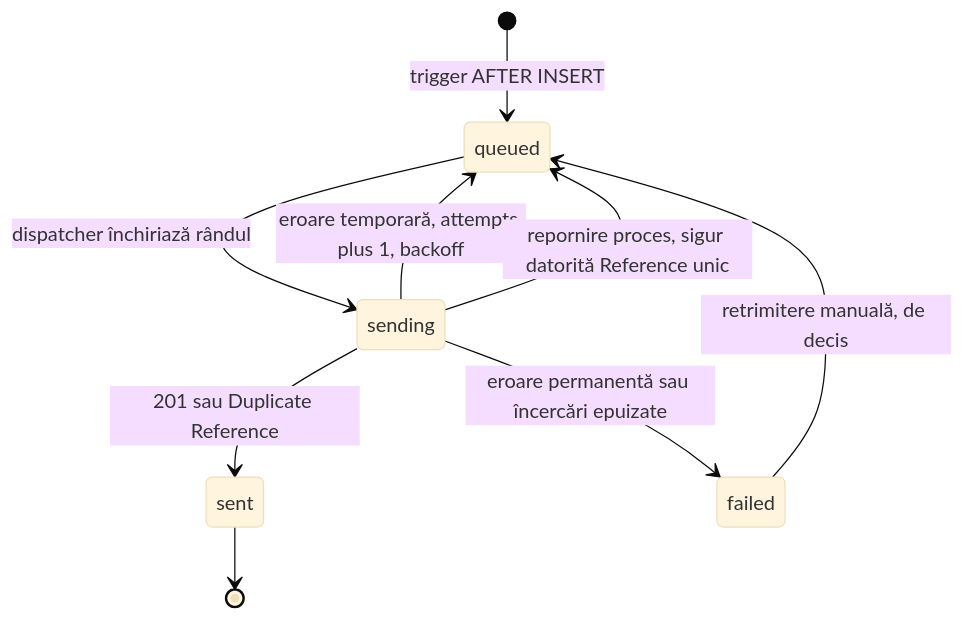
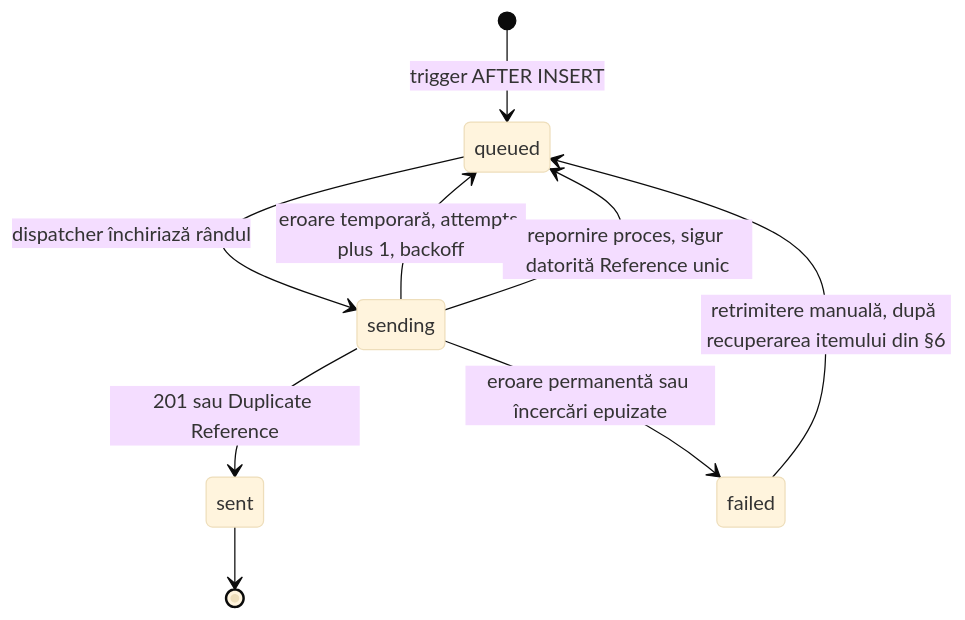
The first of 2 diagrams in docs/05-integrare-receptie.md (DorobatMihaiIVF/Scanexpert-RPA), drawn with Mermaid (base theme) before and after one commit. The commit also changed other lines of this file and 4 other files, not shown here.

````diff
--- a/docs/05-integrare-receptie.md
+++ b/docs/05-integrare-receptie.md
@@ -83,11 +83,11 @@
 ```mermaid
 stateDiagram-v2
   [*] --> queued: trigger AFTER INSERT
   queued --> sending: dispatcher închiriază rândul
   sending --> sent: 201 sau Duplicate Reference
   sending --> queued: eroare temporară, attempts plus 1, backoff
   sending --> queued: repornire proces, sigur datorită Reference unic
   sending --> failed: eroare permanentă sau încercări epuizate
-  failed --> queued: retrimitere manuală, de decis
+  failed --> queued: retrimitere manuală, după recuperarea itemului din §6
   sent --> [*]
 ```
````
